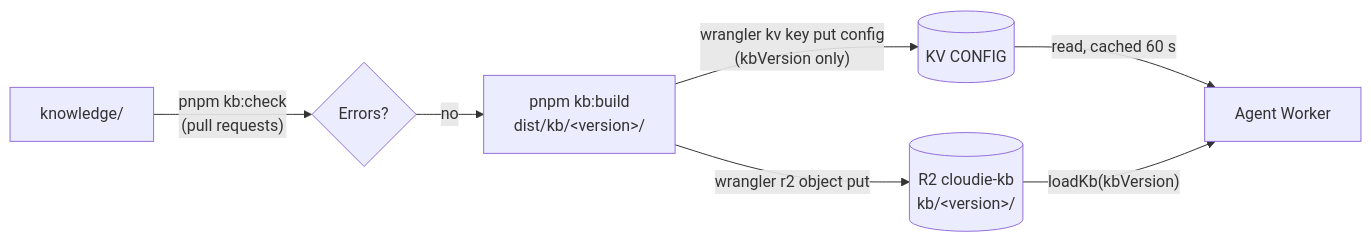
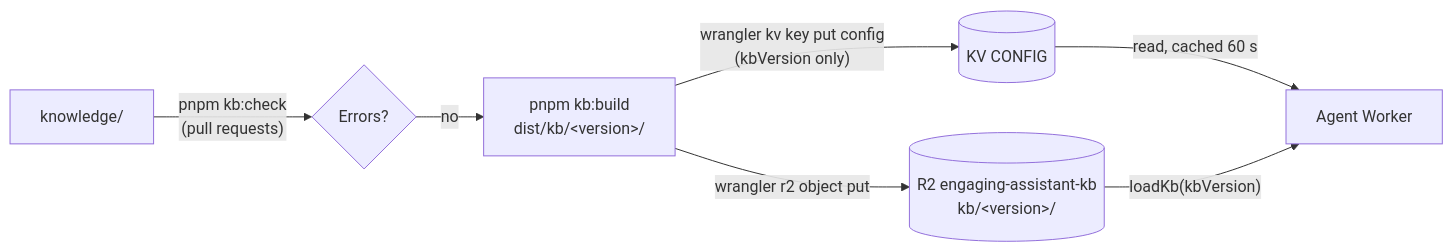
Before and after one commit to randika-srimal/cloudie: the third of 3 diagrams in docs/architecture/overview.md, drawn with Mermaid. The commit also changed other lines of this file and 47 other files, not shown here.

First line of the commit message:
refactor: rename project from Cloudie to Engaging Assistant

````diff
--- a/docs/architecture/overview.md
+++ b/docs/architecture/overview.md
@@ -124,9 +124,9 @@
 ```mermaid
 flowchart LR
   K[knowledge/] -->|"pnpm kb:check<br/>(pull requests)"| C{Errors?}
   C -->|no| B["pnpm kb:build<br/>dist/kb/&lt;version&gt;/"]
-  B -->|"wrangler r2 object put"| R[(R2 cloudie-kb<br/>kb/&lt;version&gt;/)]
+  B -->|"wrangler r2 object put"| R[(R2 engaging-assistant-kb<br/>kb/&lt;version&gt;/)]
   B -->|"wrangler kv key put config<br/>(kbVersion only)"| V[(KV CONFIG)]
   V -->|"read, cached 60 s"| A[Agent Worker]
   R -->|"loadKb(kbVersion)"| A
 ```
````
